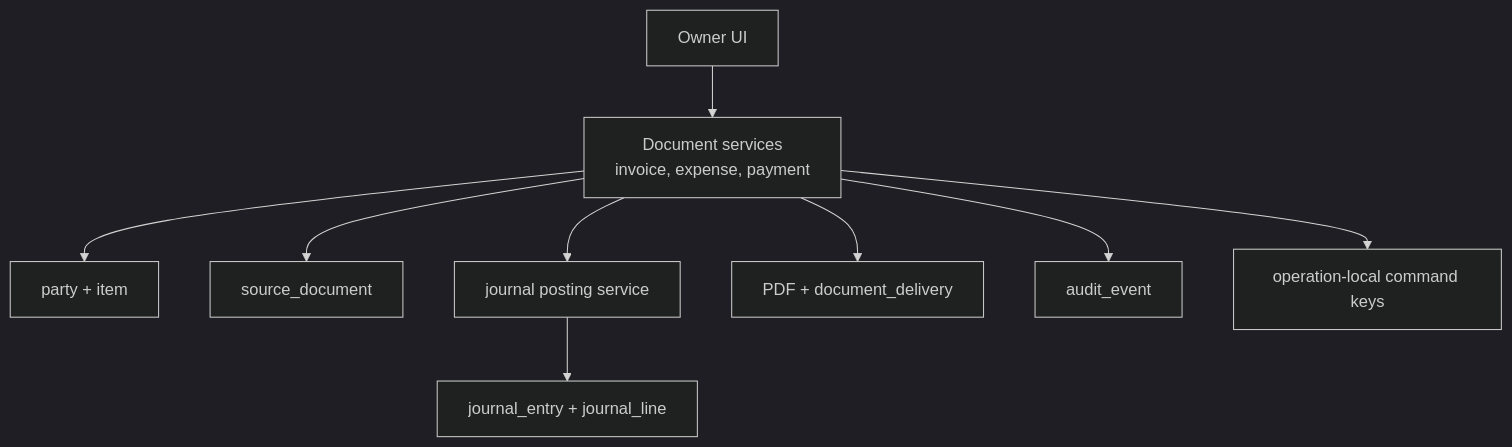
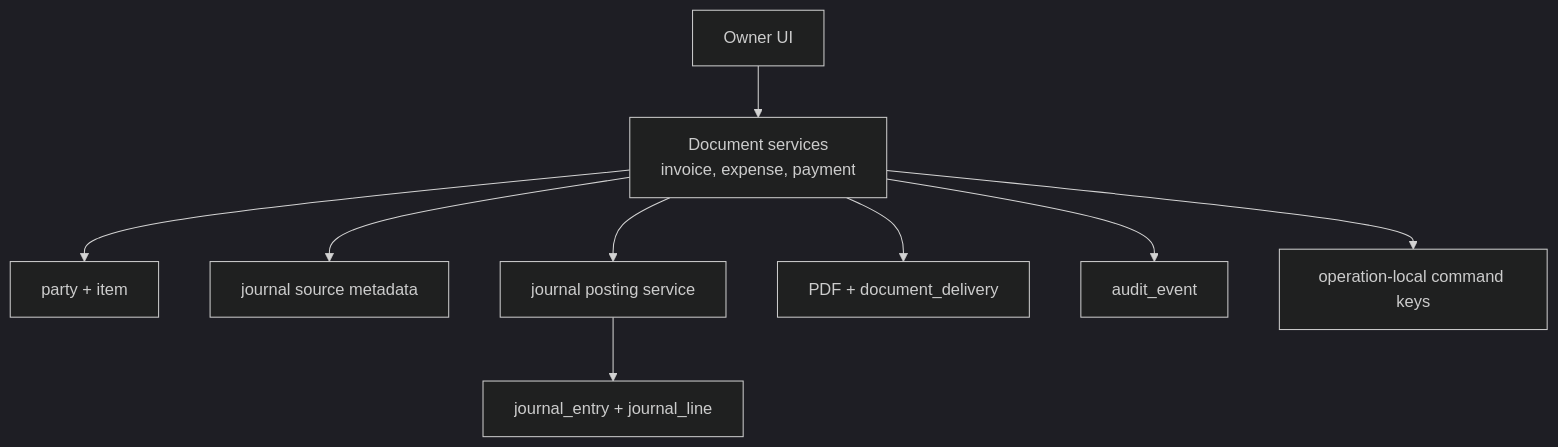
One commit to isherbuilds/edernal-books changed the first of 2 diagrams in docs/superpowers/plans/2026-06-16-phase-02-owner-workflow-mvp-detailed-plan.md. Above: the diagram before and after it, drawn with Mermaid (dark theme). The commit also changed other lines of this file and 44 other files, not shown here.

````diff
--- a/docs/superpowers/plans/2026-06-16-phase-02-owner-workflow-mvp-detailed-plan.md
+++ b/docs/superpowers/plans/2026-06-16-phase-02-owner-workflow-mvp-detailed-plan.md
@@ -19,11 +30,11 @@
 ```mermaid
 flowchart TD
   Owner["Owner UI"] --> Docs["Document services<br/>invoice, expense, payment"]
   Docs --> Parties["party + item"]
-  Docs --> Source["source_document"]
+  Docs --> Source["journal source metadata"]
   Docs --> Ledger["journal posting service"]
   Ledger --> Batch["journal_entry + journal_line"]
   Docs --> Delivery["PDF + document_delivery"]
   Docs --> Events["audit_event"]
   Docs --> Idem["operation-local command keys"]
 ```
````
